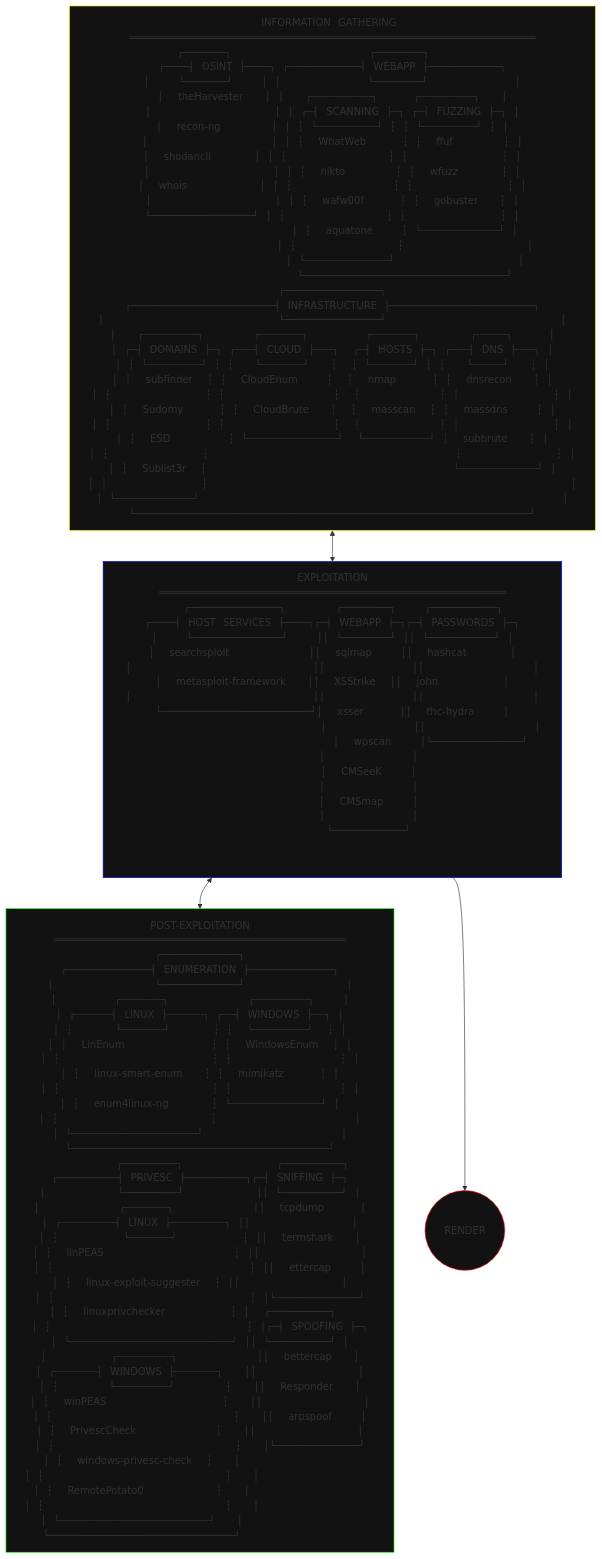
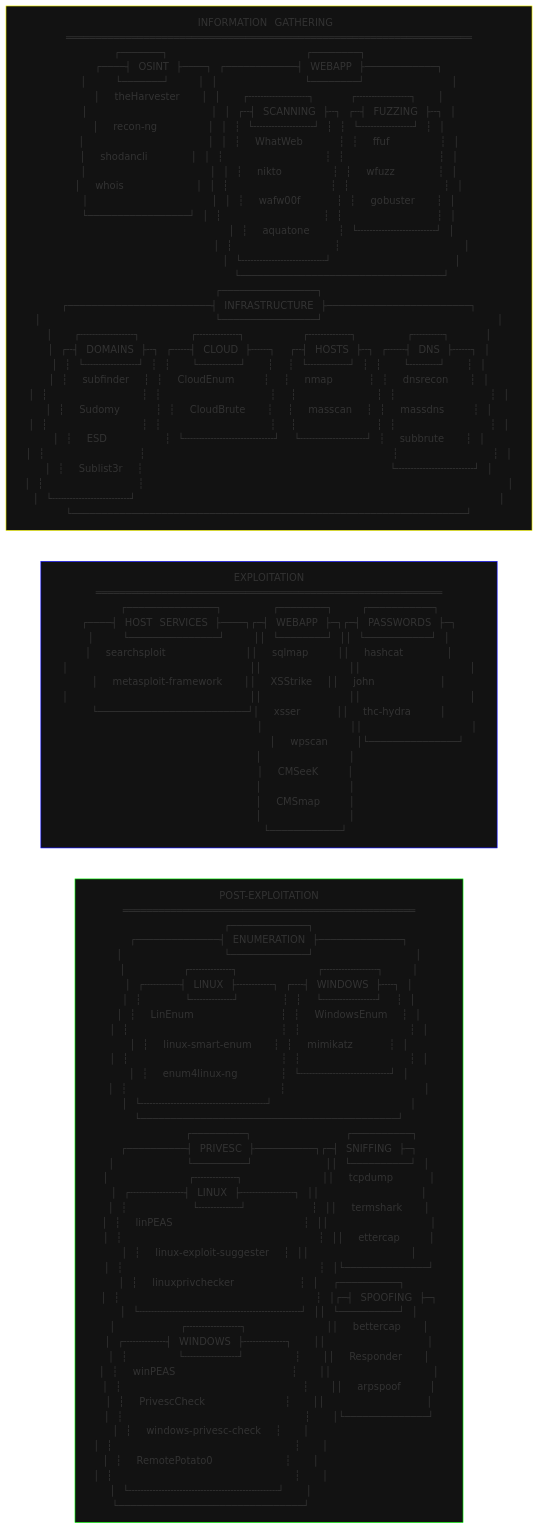
Before and after one commit to Skalyaeve/a-process: the diagram in base.README.md, drawn with Mermaid.

````diff
--- a/base.README.md
+++ b/base.README.md
@@ -1,5 +1,5 @@
 ```mermaid
-graph TD
+graph LR
 information-gathering[
 ⠀⠀⠀⠀⠀⠀⠀⠀⠀⠀⠀⠀⠀⠀⠀⠀⠀⠀⠀⠀⠀⠀⠀INFORMATION⠀GATHERING⠀⠀⠀⠀⠀⠀⠀⠀⠀⠀⠀⠀⠀⠀⠀⠀⠀⠀⠀⠀⠀⠀⠀⠀
 ════════════════════════════════════════════════════════════════════
@@ -55,8 +55,6 @@
 ⠀⠀⠀⠀⠀⠀⠀⠀⠀⠀⠀⠀⠀⠀⠀⠀⠀⠀⠀⠀⠀⠀⠀⠀⠀⠀⠀│⠀⠀CMSmap⠀⠀⠀⠀│⠀⠀⠀⠀⠀⠀⠀⠀⠀⠀⠀⠀⠀⠀⠀⠀⠀
 ⠀⠀⠀⠀⠀⠀⠀⠀⠀⠀⠀⠀⠀⠀⠀⠀⠀⠀⠀⠀⠀⠀⠀⠀⠀⠀⠀│⠀⠀⠀⠀⠀⠀⠀⠀⠀⠀⠀⠀│⠀⠀⠀⠀⠀⠀⠀⠀⠀⠀⠀⠀⠀⠀⠀⠀⠀
 ⠀⠀⠀⠀⠀⠀⠀⠀⠀⠀⠀⠀⠀⠀⠀⠀⠀⠀⠀⠀⠀⠀⠀⠀⠀⠀⠀└────────────┘⠀⠀⠀⠀⠀⠀⠀⠀⠀⠀⠀⠀⠀⠀⠀⠀⠀
-⠀⠀⠀⠀⠀⠀⠀⠀⠀⠀⠀⠀⠀⠀⠀⠀⠀⠀⠀⠀⠀⠀⠀⠀⠀⠀⠀⠀⠀⠀⠀⠀⠀⠀⠀⠀⠀⠀⠀⠀⠀⠀⠀⠀⠀⠀⠀⠀⠀⠀⠀⠀⠀⠀⠀⠀⠀⠀
-⠀⠀⠀⠀⠀⠀⠀⠀⠀⠀⠀⠀⠀⠀⠀⠀⠀⠀⠀⠀⠀⠀⠀⠀⠀⠀⠀⠀⠀⠀⠀⠀⠀⠀⠀⠀⠀⠀⠀⠀⠀⠀⠀⠀⠀⠀⠀⠀⠀⠀⠀⠀⠀⠀⠀⠀⠀⠀
 ]
 post-exploitation[
 ⠀⠀⠀⠀⠀⠀⠀⠀⠀⠀⠀⠀⠀⠀⠀⠀POST-EXPLOITATION⠀⠀⠀⠀⠀⠀⠀⠀⠀⠀⠀⠀⠀⠀⠀⠀
@@ -102,14 +100,7 @@
 │⠀└╌╌╌╌╌╌╌╌╌╌╌╌╌╌╌╌╌╌╌╌╌╌╌╌╌┘⠀⠀⠀│⠀⠀⠀⠀⠀⠀⠀⠀⠀⠀⠀⠀⠀⠀⠀⠀
 └───────────────────────────────┘⠀⠀⠀⠀⠀⠀⠀⠀⠀⠀⠀⠀⠀⠀⠀⠀
 ]
-render((
-⠀⠀RENDER⠀⠀
-))
 style information-gathering fill:#121212,stroke:#ffff00
 style exploitation fill:#121212,stroke:#0000ff
 style post-exploitation fill:#121212,stroke:#00ff00
-style render fill:#121212,stroke:#ff0000
-information-gathering <--> exploitation
-exploitation <--> post-exploitation
-exploitation --> render
 ```
````
